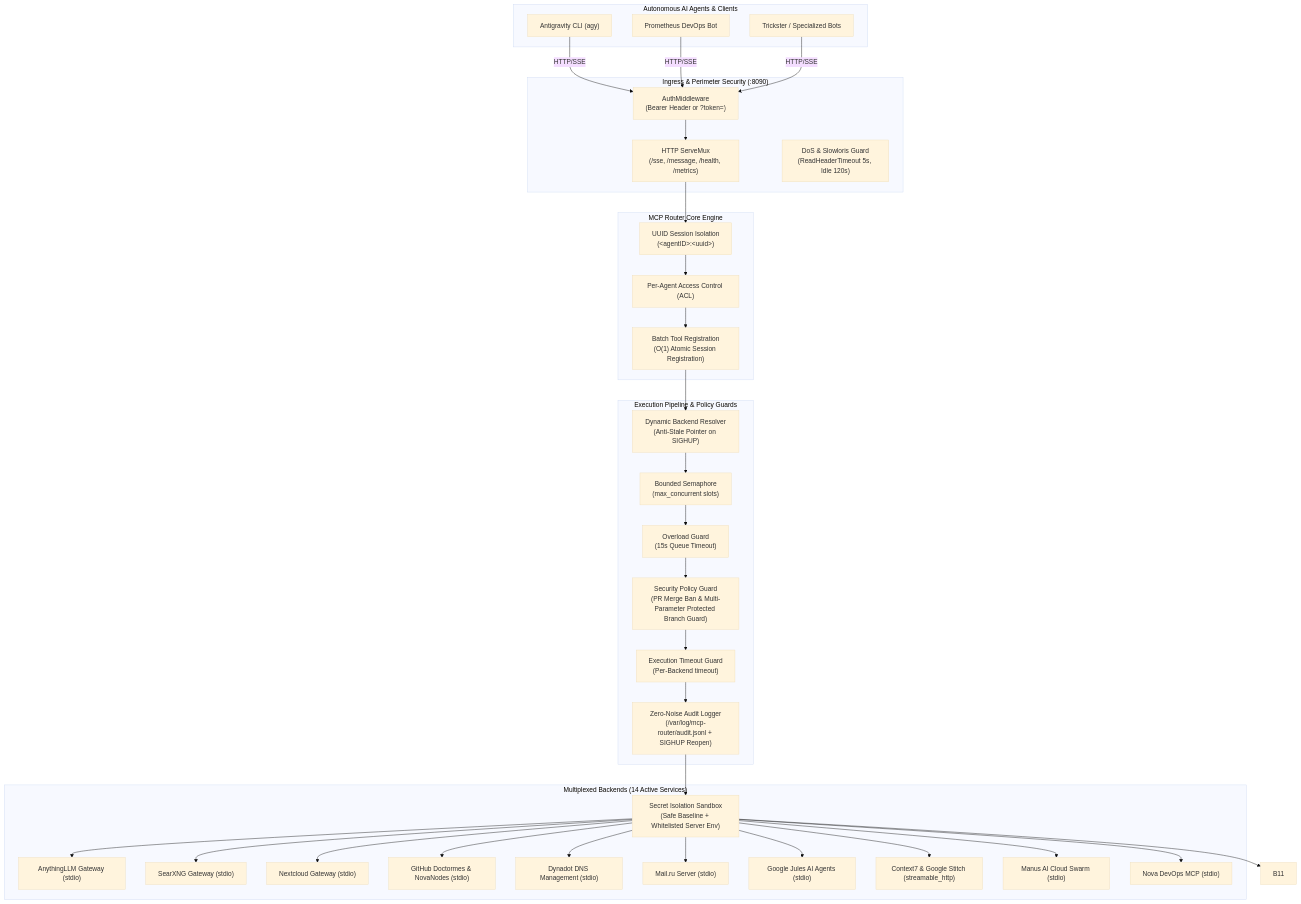
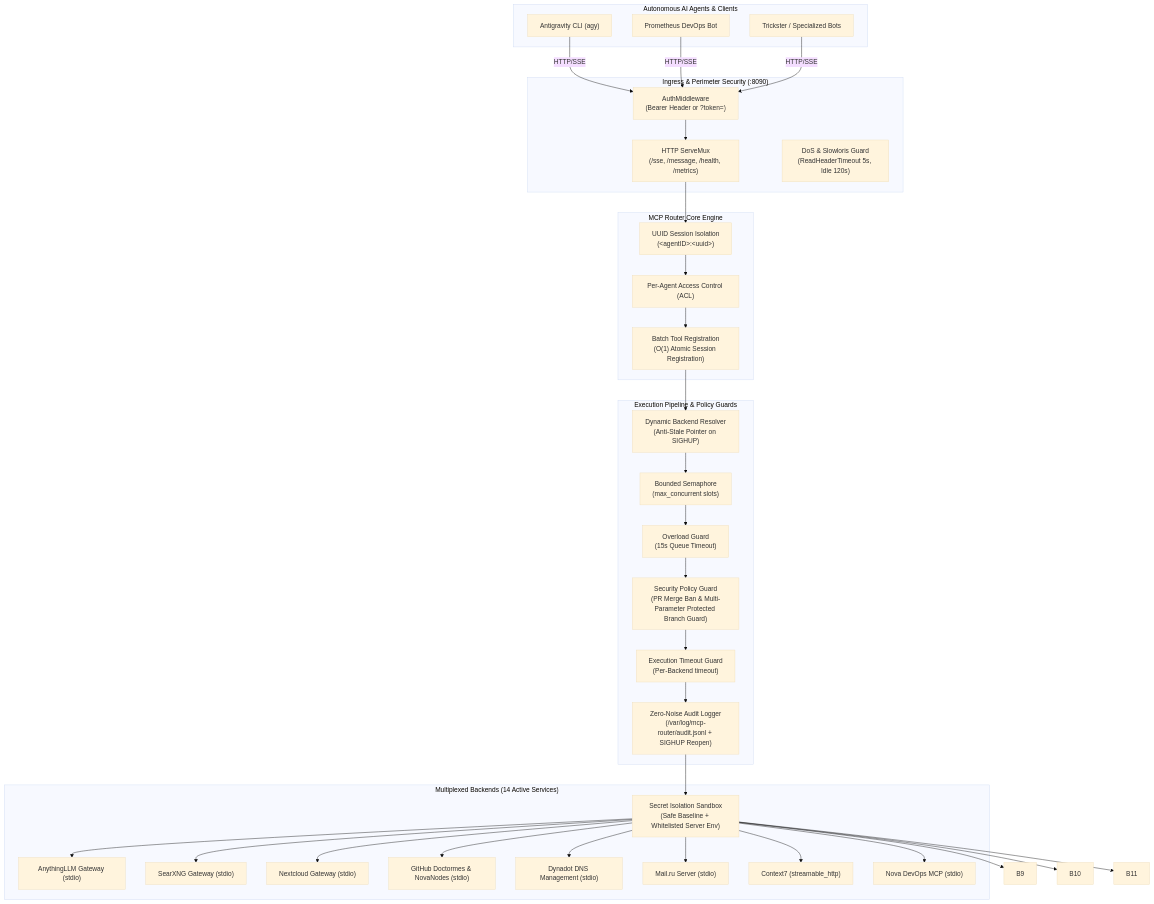
One commit to TheNovaNodes/mcp-router changed the diagram in README.md. Above: the diagram before and after it, drawn with Mermaid (base theme). The commit also changed other lines of this file and 3 other files, not shown here.

Commit message:
feat(acl): decommission Manus, Jules, and Stitch MCP backends

````diff
--- a/README.md
+++ b/README.md
@@ -19,57 +19,55 @@
 ```mermaid
 graph TD
     subgraph Clients["Autonomous AI Agents & Clients"]
         A1["Antigravity CLI (agy)"]
         A2["Prometheus DevOps Bot"]
         A3["Trickster / Specialized Bots"]
     end
 
     subgraph Ingress["Ingress & Perimeter Security (:8090)"]
         AUTH["AuthMiddleware<br/>(Bearer Header or ?token=)"]
         ROUTE["HTTP ServeMux<br/>(/sse, /message, /health, /metrics)"]
         RATE["DoS & Slowloris Guard<br/>(ReadHeaderTimeout 5s, Idle 120s)"]
     end
 
     subgraph CoreRouter["MCP Router Core Engine"]
         UUID["UUID Session Isolation<br/>(&lt;agentID&gt;:&lt;uuid&gt;)"]
         ACL["Per-Agent Access Control (ACL)"]
         BATCH_REG["Batch Tool Registration<br/>(O(1) Atomic Session Registration)"]
     end
 
     subgraph Pipeline["Execution Pipeline & Policy Guards"]
         DYN_LOOKUP["Dynamic Backend Resolver<br/>(Anti-Stale Pointer on SIGHUP)"]
         SEM["Bounded Semaphore<br/>(max_concurrent slots)"]
         OVERLOAD["Overload Guard<br/>(15s Queue Timeout)"]
         SEC_GUARD["Security Policy Guard<br/>(PR Merge Ban & Multi-Parameter Protected Branch Guard)"]
         TIMEOUT["Execution Timeout Guard<br/>(Per-Backend timeout)"]
         AUDIT["Zero-Noise Audit Logger<br/>(/var/log/mcp-router/audit.jsonl + SIGHUP Reopen)"]
     end
 
     subgraph Backends["Multiplexed Backends (14 Active Services)"]
         ENV_GUARD["Secret Isolation Sandbox<br/>(Safe Baseline + Whitelisted Server Env)"]
         B1["AnythingLLM Gateway (stdio)"]
         B2["SearXNG Gateway (stdio)"]
         B3["Nextcloud Gateway (stdio)"]
         B4["GitHub Doctormes & NovaNodes (stdio)"]
         B5["Dynadot DNS Management (stdio)"]
         B6["Mail.ru Server (stdio)"]
-        B7["Google Jules AI Agents (stdio)"]
-        B8["Context7 & Google Stitch (streamable_http)"]
-        B9["Manus AI Cloud Swarm (stdio)"]
-        B10["Nova DevOps MCP (stdio)"]
+        B7["Context7 (streamable_http)"]
+        B8["Nova DevOps MCP (stdio)"]
     end
 
     A1 & A2 & A3 -->|HTTP/SSE| AUTH
     AUTH --> ROUTE
     ROUTE --> UUID
     UUID --> ACL
     ACL --> BATCH_REG
     BATCH_REG --> DYN_LOOKUP
     DYN_LOOKUP --> SEM
     SEM --> OVERLOAD
     OVERLOAD --> SEC_GUARD
     SEC_GUARD --> TIMEOUT
     TIMEOUT --> AUDIT
     AUDIT --> ENV_GUARD
     ENV_GUARD --> B1 & B2 & B3 & B4 & B5 & B6 & B7 & B8 & B9 & B10 & B11
 ```
````
